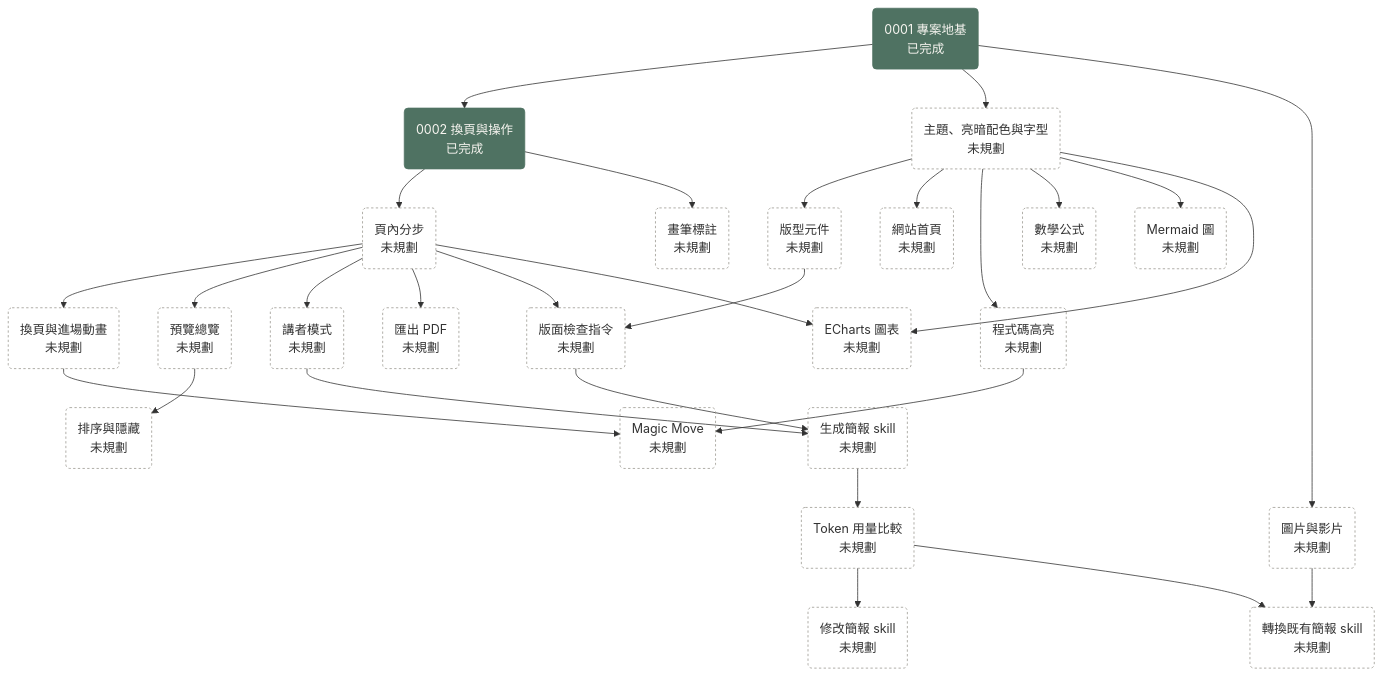
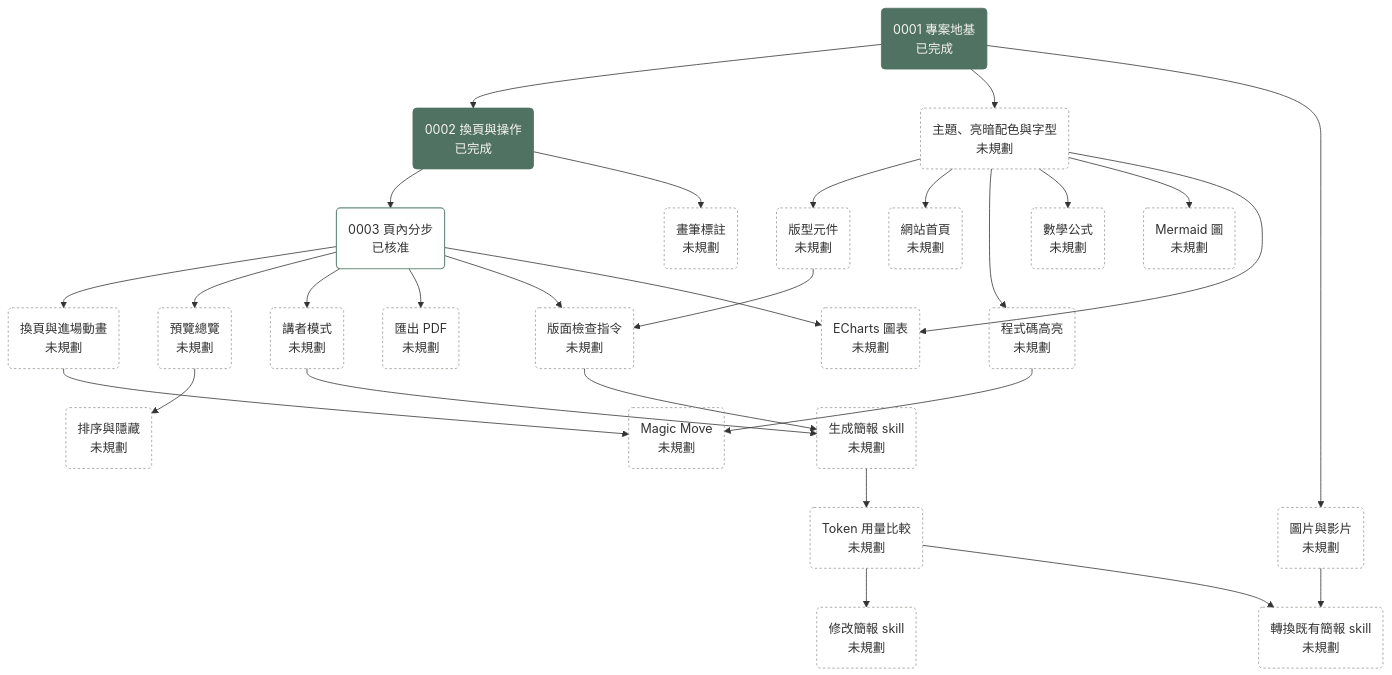
One commit to bingyangchen/diapo changed the diagram in docs/plans/roadmap.md. Above: the diagram before and after it, drawn with Mermaid. The commit also changed other lines of this file and 1 other file, not shown here.

Commit message:
[plan 0003] In-slide steps (#8)

````diff
--- a/docs/plans/roadmap.md
+++ b/docs/plans/roadmap.md
@@ -7,45 +7,45 @@
 ```mermaid
 flowchart TD
   P0001("0001 專案地基<br/>已完成"):::done
   P0002("0002 換頁與操作<br/>已完成"):::done
-  steps("頁內分步<br/>未規劃"):::unplanned
+  P0003("0003 頁內分步<br/>已核准"):::approved
   transitions("換頁與進場動畫<br/>未規劃"):::unplanned
   magic_move("Magic Move<br/>未規劃"):::unplanned
   overview("預覽總覽<br/>未規劃"):::unplanned
   reorder("排序與隱藏<br/>未規劃"):::unplanned
   annotation("畫筆標註<br/>未規劃"):::unplanned
   presenter("講者模式<br/>未規劃"):::unplanned
   theme("主題、亮暗配色與字型<br/>未規劃"):::unplanned
   layouts("版型元件<br/>未規劃"):::unplanned
   media("圖片與影片<br/>未規劃"):::unplanned
   code_highlight("程式碼高亮<br/>未規劃"):::unplanned
   math("數學公式<br/>未規劃"):::unplanned
   mermaid_diagram("Mermaid 圖<br/>未規劃"):::unplanned
   charts("ECharts 圖表<br/>未規劃"):::unplanned
   pdf_export("匯出 PDF<br/>未規劃"):::unplanned
   site_home("網站首頁<br/>未規劃"):::unplanned
   layout_check("版面檢查指令<br/>未規劃"):::unplanned
   skill_generate("生成簡報 skill<br/>未規劃"):::unplanned
   token_benchmark("Token 用量比較<br/>未規劃"):::unplanned
   skill_modify("修改簡報 skill<br/>未規劃"):::unplanned
   skill_convert("轉換既有簡報 skill<br/>未規劃"):::unplanned
-  P0001 --> P0002 --> steps --> transitions --> magic_move
-  steps --> overview --> reorder
+  P0001 --> P0002 --> P0003 --> transitions --> magic_move
+  P0003 --> overview --> reorder
   P0002 --> annotation
-  steps --> presenter --> skill_generate
-  steps --> pdf_export
-  steps --> layout_check
+  P0003 --> presenter --> skill_generate
+  P0003 --> pdf_export
+  P0003 --> layout_check
   P0001 --> theme --> layouts --> layout_check --> skill_generate
   skill_generate --> token_benchmark --> skill_modify
   token_benchmark --> skill_convert
   P0001 --> media --> skill_convert
   theme --> site_home
   theme --> code_highlight --> magic_move
   theme --> math
   theme --> mermaid_diagram
   theme --> charts
-  steps --> charts
+  P0003 --> charts
   classDef done fill:#4f7262,stroke:#4f7262,color:#f7f5f0
   classDef approved fill:none,stroke:#6b8f7e,stroke-width:1.5px
   classDef unplanned fill:none,stroke:#9a978f,stroke-dasharray:3 3
 ```
````
